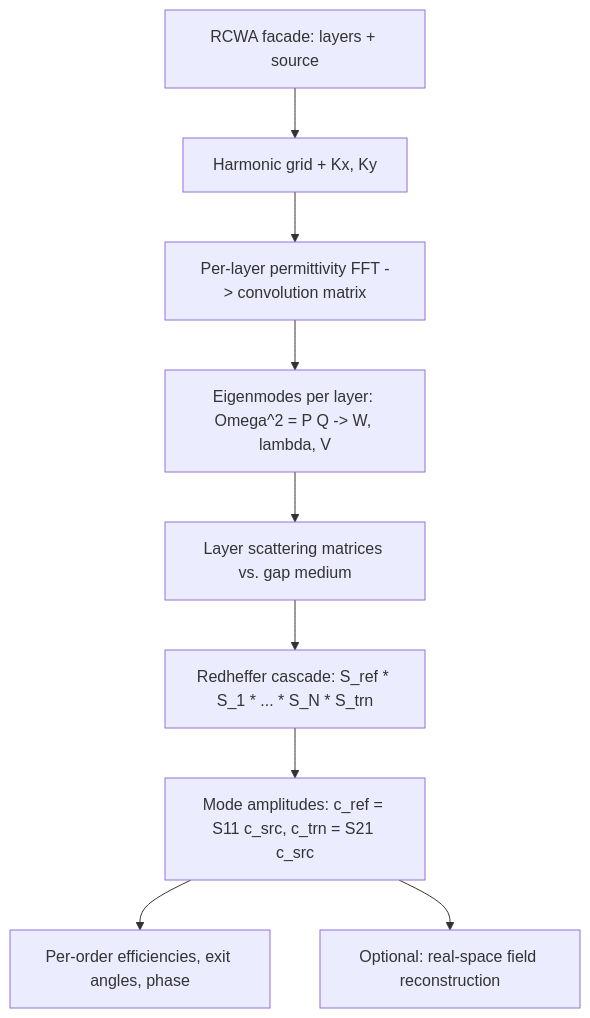
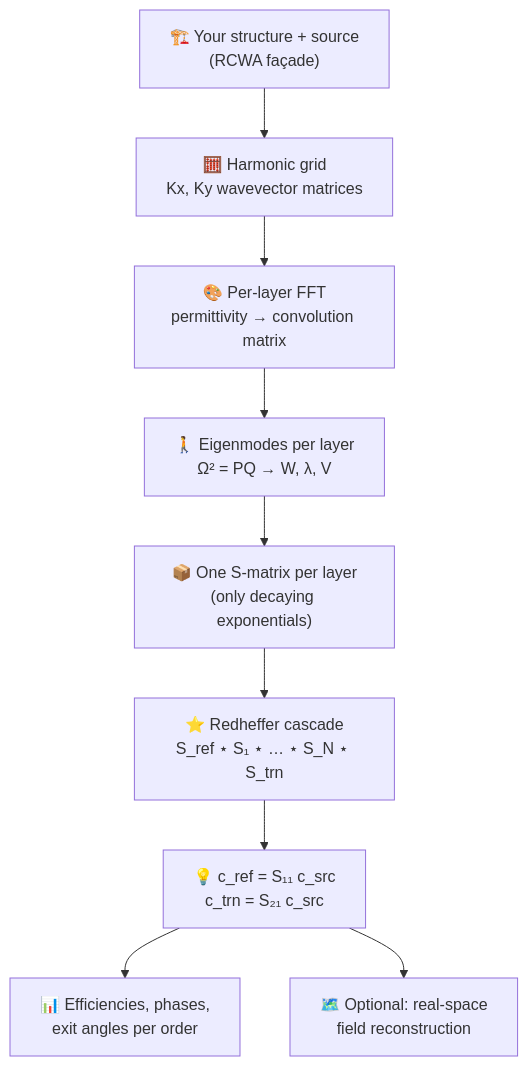
The diagram in docs/theory.md (CAVITYtechnologies/ikarus), drawn with Mermaid before and after one commit. The commit also changed other lines of this file and 31 other files, not shown here.

````diff
--- a/docs/theory.md
+++ b/docs/theory.md
@@ -190,11 +103,11 @@
 ```mermaid
 flowchart TD
-    A[RCWA facade: layers + source] --> B[Harmonic grid + Kx, Ky]
-    B --> C[Per-layer permittivity FFT -> convolution matrix]
-    C --> D["Eigenmodes per layer: Omega^2 = P Q -> W, lambda, V"]
-    D --> E[Layer scattering matrices vs. gap medium]
-    E --> F["Redheffer cascade: S_ref * S_1 * ... * S_N * S_trn"]
-    F --> G["Mode amplitudes: c_ref = S11 c_src, c_trn = S21 c_src"]
-    G --> H[Per-order efficiencies, exit angles, phase]
-    G --> I[Optional: real-space field reconstruction]
+    A["🏗️ Your structure + source<br/>(RCWA façade)"] --> B["🧮 Harmonic grid<br/>Kx, Ky wavevector matrices"]
+    B --> C["🎨 Per-layer FFT<br/>permittivity → convolution matrix"]
+    C --> D["🚶 Eigenmodes per layer<br/>Ω² = PQ → W, λ, V"]
+    D --> E["📦 One S-matrix per layer<br/>(only decaying exponentials)"]
+    E --> F["⭐ Redheffer cascade<br/>S_ref ⋆ S₁ ⋆ … ⋆ S_N ⋆ S_trn"]
+    F --> G["💡 c_ref = S₁₁ c_src<br/>c_trn = S₂₁ c_src"]
+    G --> H["📊 Efficiencies, phases,<br/>exit angles per order"]
+    G --> I["🗺️ Optional: real-space<br/>field reconstruction"]
 ```
````
